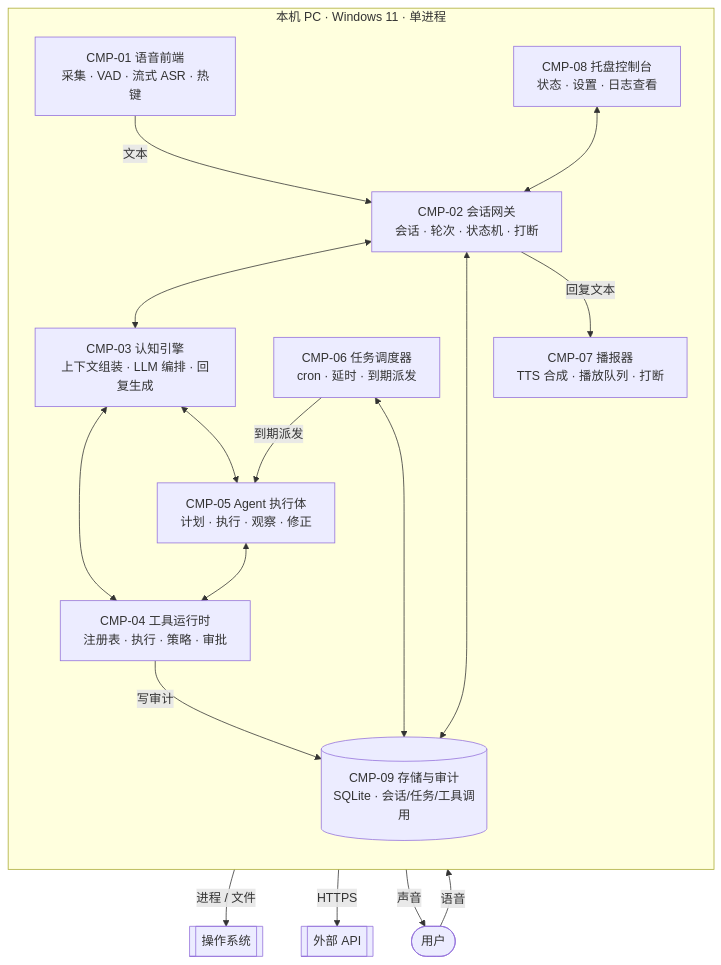
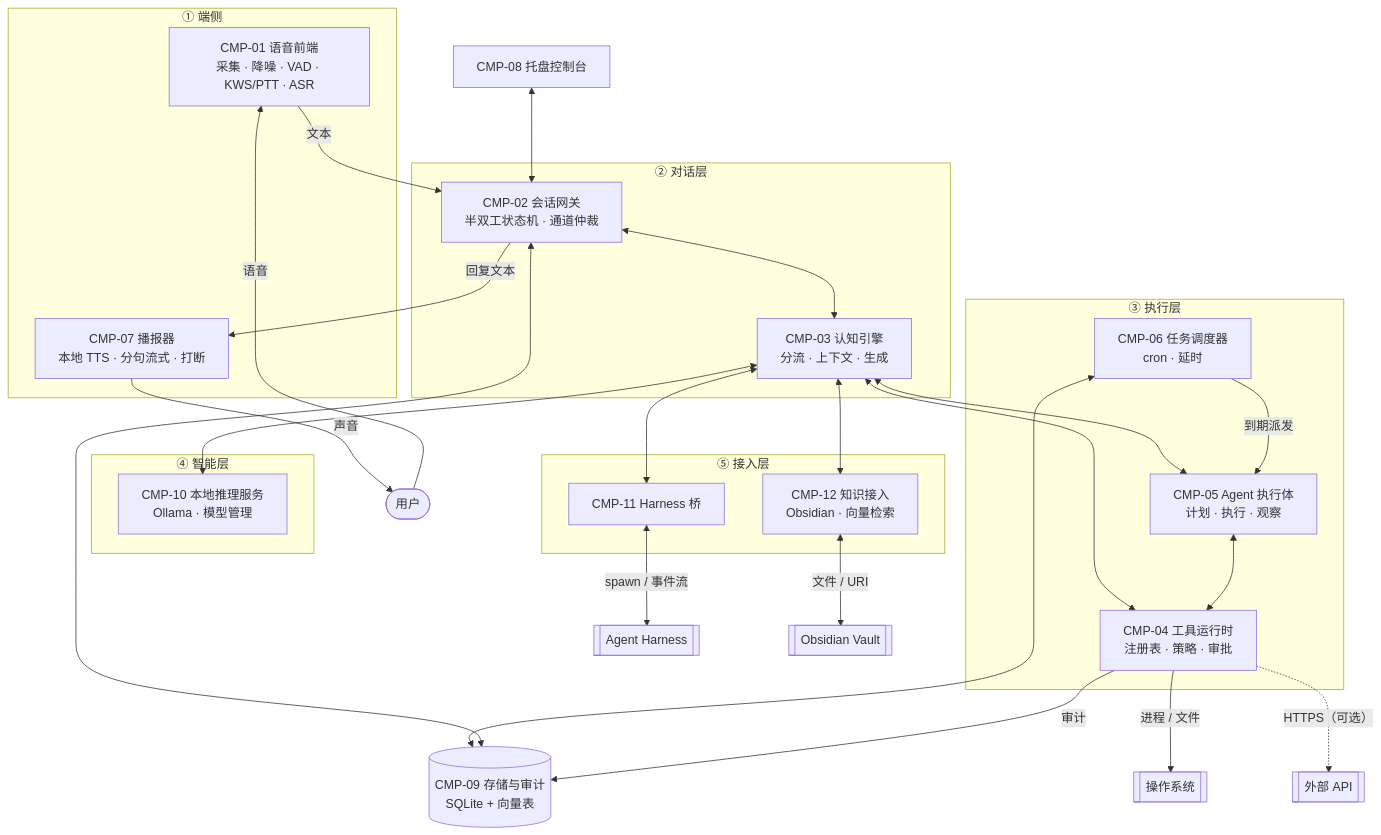
One commit to DongyueHAN/VoxDesk changed the second of 9 diagrams in docs/03-architecture.md. Above: the diagram before and after it, drawn with Mermaid. The commit also changed other lines of this file, not shown here.

````diff
--- a/docs/03-architecture.md
+++ b/docs/03-architecture.md
@@ -49,32 +54,47 @@
 ```mermaid
-%% diagram: C4-01 容器图 | updated: 2026-10-20
+%% diagram: C4-01 容器图 | updated: 2026-10-26
 flowchart TB
-    subgraph HOST["本机 PC · Windows 11 · 单进程"]
-        direction TB
-        FE["CMP-01 语音前端<br/>采集 · VAD · 流式 ASR · 热键"]
-        GW["CMP-02 会话网关<br/>会话 · 轮次 · 状态机 · 打断"]
-        CE["CMP-03 认知引擎<br/>上下文组装 · LLM 编排 · 回复生成"]
-        TR["CMP-04 工具运行时<br/>注册表 · 执行 · 策略 · 审批"]
-        AR["CMP-05 Agent 执行体<br/>计划 · 执行 · 观察 · 修正"]
-        SC["CMP-06 任务调度器<br/>cron · 延时 · 到期派发"]
-        TTS["CMP-07 播报器<br/>TTS 合成 · 播放队列 · 打断"]
-        UI["CMP-08 托盘控制台<br/>状态 · 设置 · 日志查看"]
-        DB[("CMP-09 存储与审计<br/>SQLite · 会话/任务/工具调用")]
+    subgraph EDGE["① 端侧"]
+        FE["CMP-01 语音前端<br/>采集 · 降噪 · VAD · KWS/PTT · ASR"]
+        TTS["CMP-07 播报器<br/>本地 TTS · 分句流式 · 打断"]
     end
+    subgraph DIALOG["② 对话层"]
+        GW["CMP-02 会话网关<br/>半双工状态机 · 通道仲裁"]
+        CE["CMP-03 认知引擎<br/>分流 · 上下文 · 生成"]
+    end
+    subgraph EXEC["③ 执行层"]
+        TR["CMP-04 工具运行时<br/>注册表 · 策略 · 审批"]
+        AR["CMP-05 Agent 执行体<br/>计划 · 执行 · 观察"]
+        SC["CMP-06 任务调度器<br/>cron · 延时"]
+    end
+    subgraph INTEL["④ 智能层"]
+        LLM["CMP-10 本地推理服务<br/>Ollama · 模型管理"]
+    end
+    subgraph ACCESS["⑤ 接入层"]
+        HB["CMP-11 Harness 桥"]
+        KB["CMP-12 知识接入<br/>Obsidian · 向量检索"]
+    end
+    DB[("CMP-09 存储与审计<br/>SQLite + 向量表")]
+    UI["CMP-08 托盘控制台"]
 
     U(["用户"]) -- "语音" --> FE
     FE -- "文本" --> GW
     GW <--> CE
+    CE <--> LLM
     CE <--> TR
     CE <--> AR
     AR <--> TR
+    CE <--> HB
+    CE <--> KB
     SC -- "到期派发" --> AR
     SC <--> DB
     GW <--> DB
-    TR -- "写审计" --> DB
+    TR -- "审计" --> DB
     TR -- "进程 / 文件" --> OS[["操作系统"]]
-    TR -- "HTTPS" --> EXT[["外部 API"]]
+    TR -. "HTTPS（可选）" .-> EXT[["外部 API"]]
+    HB <-->|"spawn / 事件流"| H[["Agent Harness"]]
+    KB <-->|"文件 / URI"| V[["Obsidian Vault"]]
     GW -- "回复文本" --> TTS
     TTS -- "声音" --> U
     UI <--> GW
 ```
````
